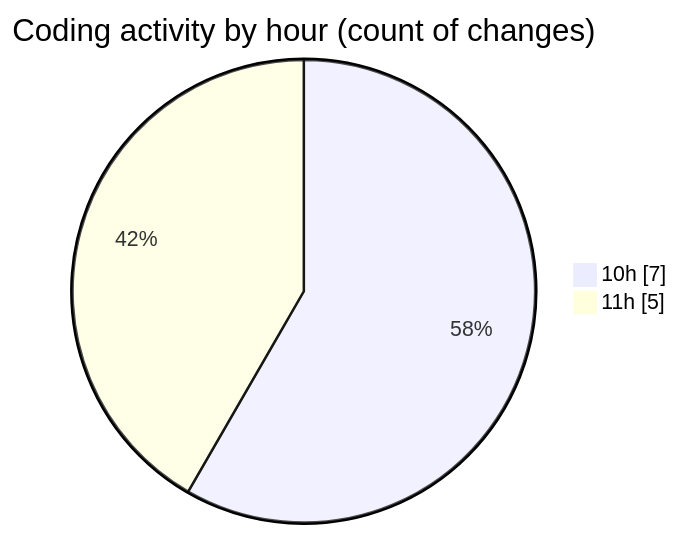
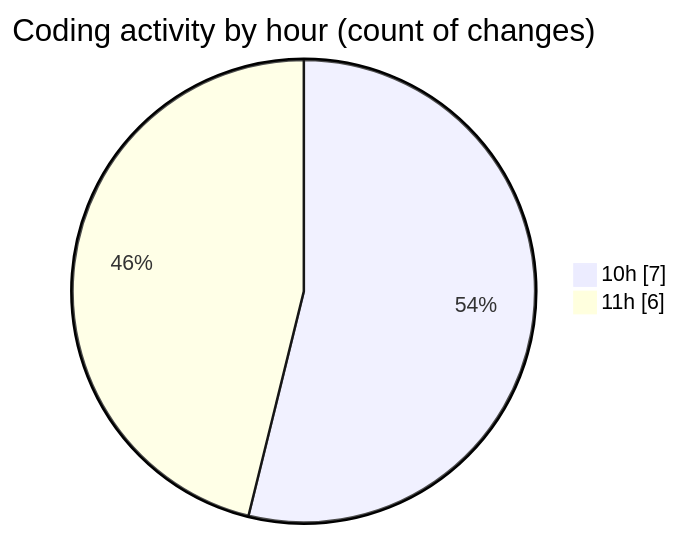
One commit to nxtqubesakshisongat/code-tracking changed the second of 2 diagrams in 2025-11-18/nxtqube_webapp/README.md. Above: the diagram before and after it, drawn with Mermaid. The commit also changed other lines of this file and 1 other file, not shown here.

````diff
--- a/2025-11-18/nxtqube_webapp/README.md
+++ b/2025-11-18/nxtqube_webapp/README.md
@@ -30,6 +31,6 @@
 ```mermaid
 pie showData
 title Coding activity by hour (count of changes)
 "10h" : 7
-"11h" : 5
+"11h" : 6
 ```
````
